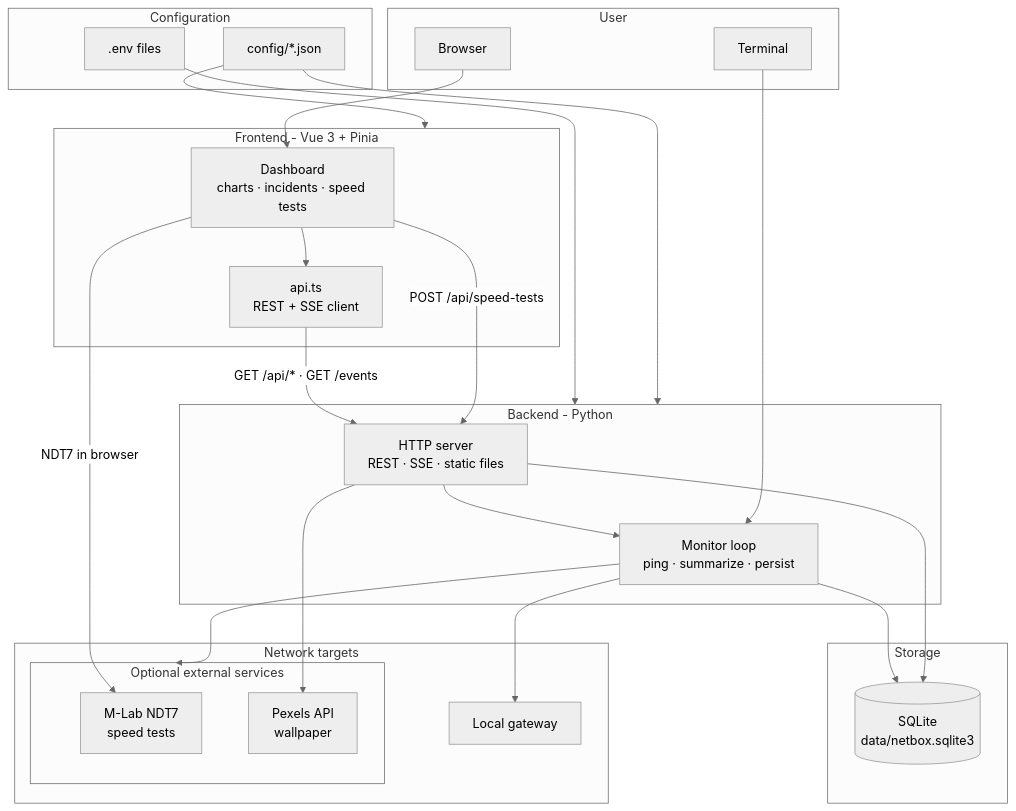
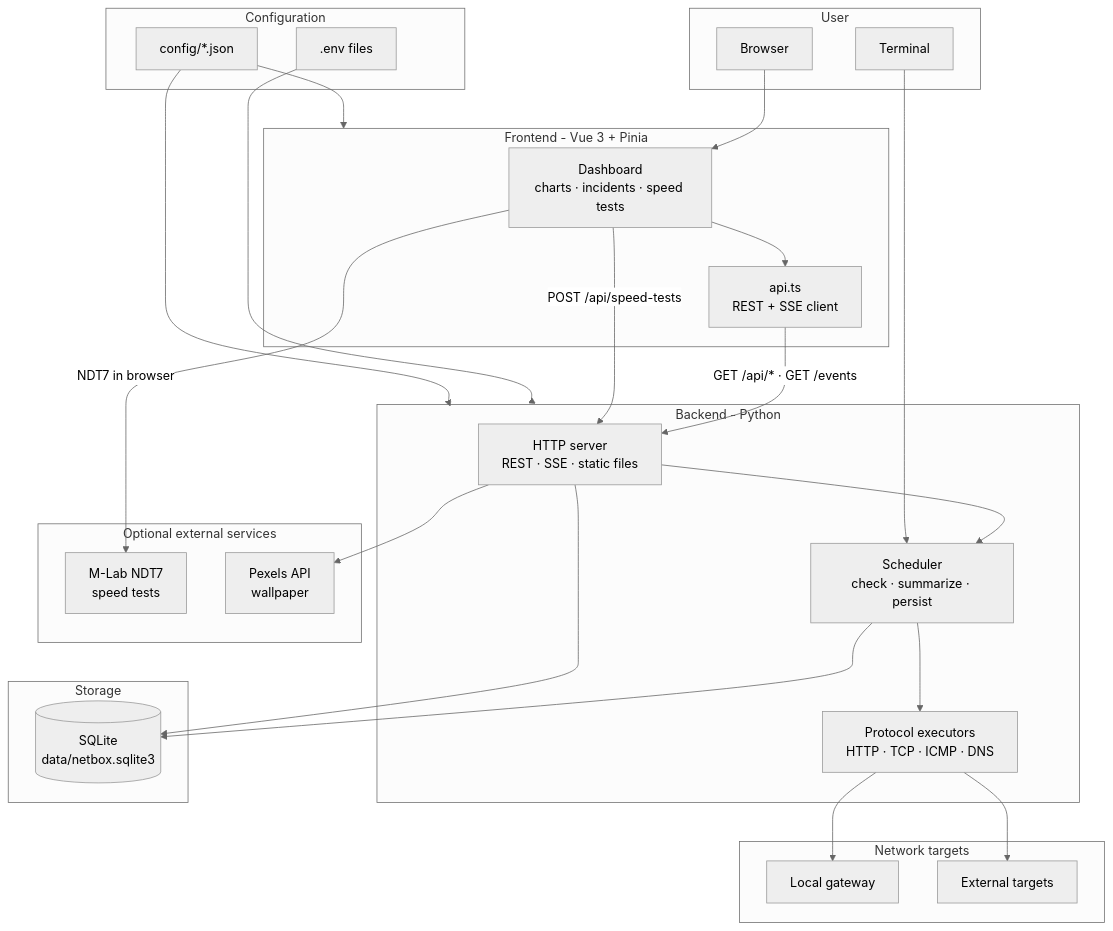
The first of 3 diagrams in docs/ARCHITECTURE.md (dabirideji/netbox), drawn with Mermaid (neutral theme) before and after one commit. The commit also changed other lines of this file and 72 other files, not shown here.

````diff
--- a/docs/ARCHITECTURE.md
+++ b/docs/ARCHITECTURE.md
@@ -48,52 +51,54 @@
 ```mermaid
 flowchart TB
   subgraph User["User"]
     Browser["Browser"]
     Terminal["Terminal"]
   end
 
   subgraph Frontend["Frontend - Vue 3 + Pinia"]
     Dashboard["Dashboard<br/>charts · incidents · speed tests"]
     ApiClient["api.ts<br/>REST + SSE client"]
     Dashboard --> ApiClient
   end
 
   subgraph Backend["Backend - Python"]
     HTTPServer["HTTP server<br/>REST · SSE · static files"]
-    Monitor["Monitor loop<br/>ping · summarize · persist"]
+    Monitor["Scheduler<br/>check · summarize · persist"]
+    Executors["Protocol executors<br/>HTTP · TCP · ICMP · DNS"]
     HTTPServer --> Monitor
+    Monitor --> Executors
   end
 
   subgraph Config["Configuration"]
     Env[".env files"]
     JSON["config/*.json"]
   end
 
   subgraph Storage["Storage"]
     SQLite[("SQLite<br/>data/netbox.sqlite3")]
   end
 
   subgraph Network["Network targets"]
     Gateway["Local gateway"]
-    External["External DNS targets"]
+    External["External targets"]
   end
 
-  subgraph External["Optional external services"]
+  subgraph ExternalServices["Optional external services"]
     MLab["M-Lab NDT7<br/>speed tests"]
     Pexels["Pexels API<br/>wallpaper"]
   end
 
   Browser --> Dashboard
   Terminal --> Monitor
   ApiClient -->|"GET /api/* · GET /events"| HTTPServer
   Dashboard -->|"NDT7 in browser"| MLab
   Dashboard -->|"POST /api/speed-tests"| HTTPServer
   Env --> Backend
   JSON --> Backend
   JSON --> Frontend
-  Monitor --> Gateway
-  Monitor --> External
+  Executors --> Gateway
+  Executors --> External
   Monitor --> SQLite
   HTTPServer --> SQLite
   HTTPServer --> Pexels
 ```
````
